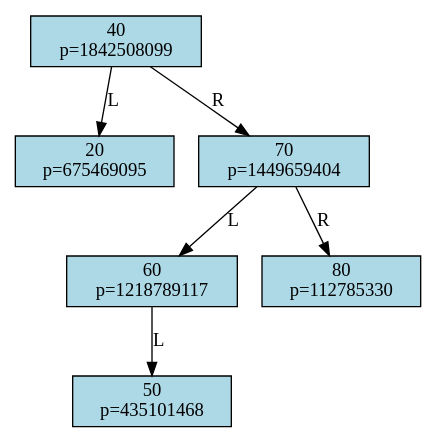
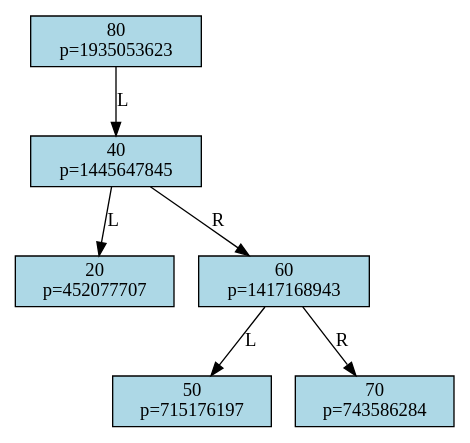
Before and after one commit to rafa16w34/Trabalho1-AEDS2: the diagram in output/dots/treap/estado_final.dot, drawn with Graphviz. The commit also changed 15 other files, not shown here.

```diff
--- a/output/dots/treap/estado_final.dot
+++ b/output/dots/treap/estado_final.dot
@@ -1,14 +1,14 @@
 digraph TreapTree {
     node [shape=record, style=filled, fillcolor=lightblue];
-    node0x562a82bd0bd0 [label="40\np=1842508099"];
-    node0x562a82bd0bd0 -> node0x562a82bd0c70 [label="L"];
-    node0x562a82bd0c70 [label="20\np=675469095"];
-    node0x562a82bd0bd0 -> node0x562a82bd0d60 [label="R"];
-    node0x562a82bd0d60 [label="70\np=1449659404"];
-    node0x562a82bd0d60 -> node0x562a82bce840 [label="L"];
-    node0x562a82bce840 [label="60\np=1218789117"];
-    node0x562a82bce840 -> node0x562a82bd0cc0 [label="L"];
-    node0x562a82bd0cc0 [label="50\np=435101468"];
-    node0x562a82bd0d60 -> node0x562a82bd33f0 [label="R"];
-    node0x562a82bd33f0 [label="80\np=112785330"];
+    node0x5cd3e0de73f0 [label="80\np=1935053623"];
+    node0x5cd3e0de73f0 -> node0x5cd3e0de4bd0 [label="L"];
+    node0x5cd3e0de4bd0 [label="40\np=1445647845"];
+    node0x5cd3e0de4bd0 -> node0x5cd3e0de4c70 [label="L"];
+    node0x5cd3e0de4c70 [label="20\np=452077707"];
+    node0x5cd3e0de4bd0 -> node0x5cd3e0de2840 [label="R"];
+    node0x5cd3e0de2840 [label="60\np=1417168943"];
+    node0x5cd3e0de2840 -> node0x5cd3e0de4cc0 [label="L"];
+    node0x5cd3e0de4cc0 [label="50\np=715176197"];
+    node0x5cd3e0de2840 -> node0x5cd3e0de4d60 [label="R"];
+    node0x5cd3e0de4d60 [label="70\np=743586284"];
 }
```
